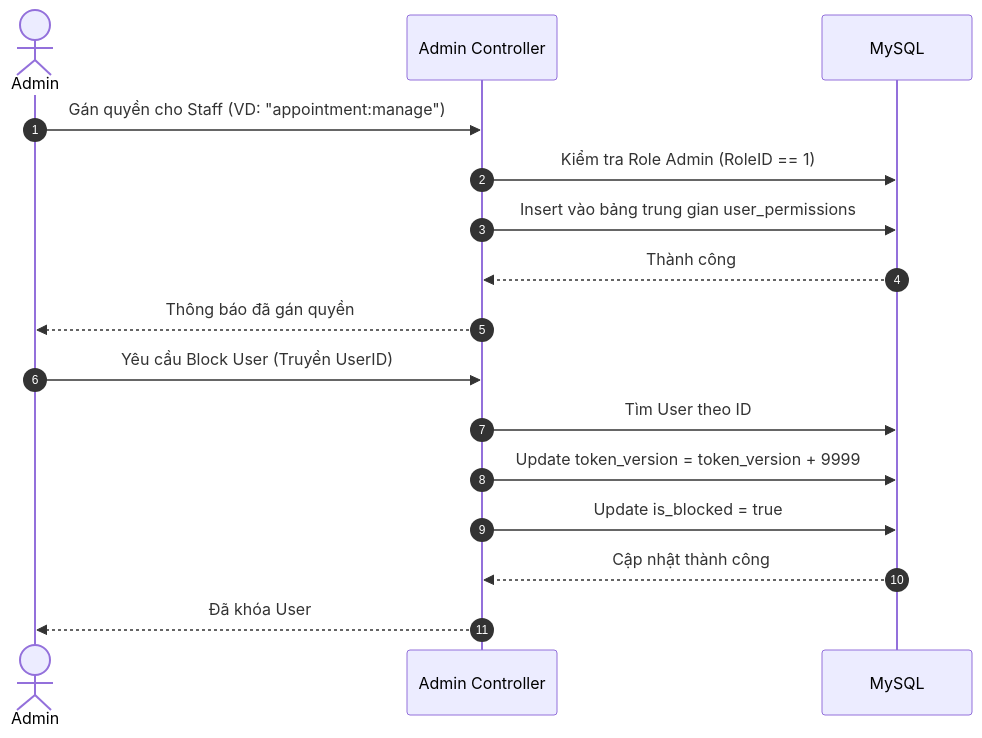
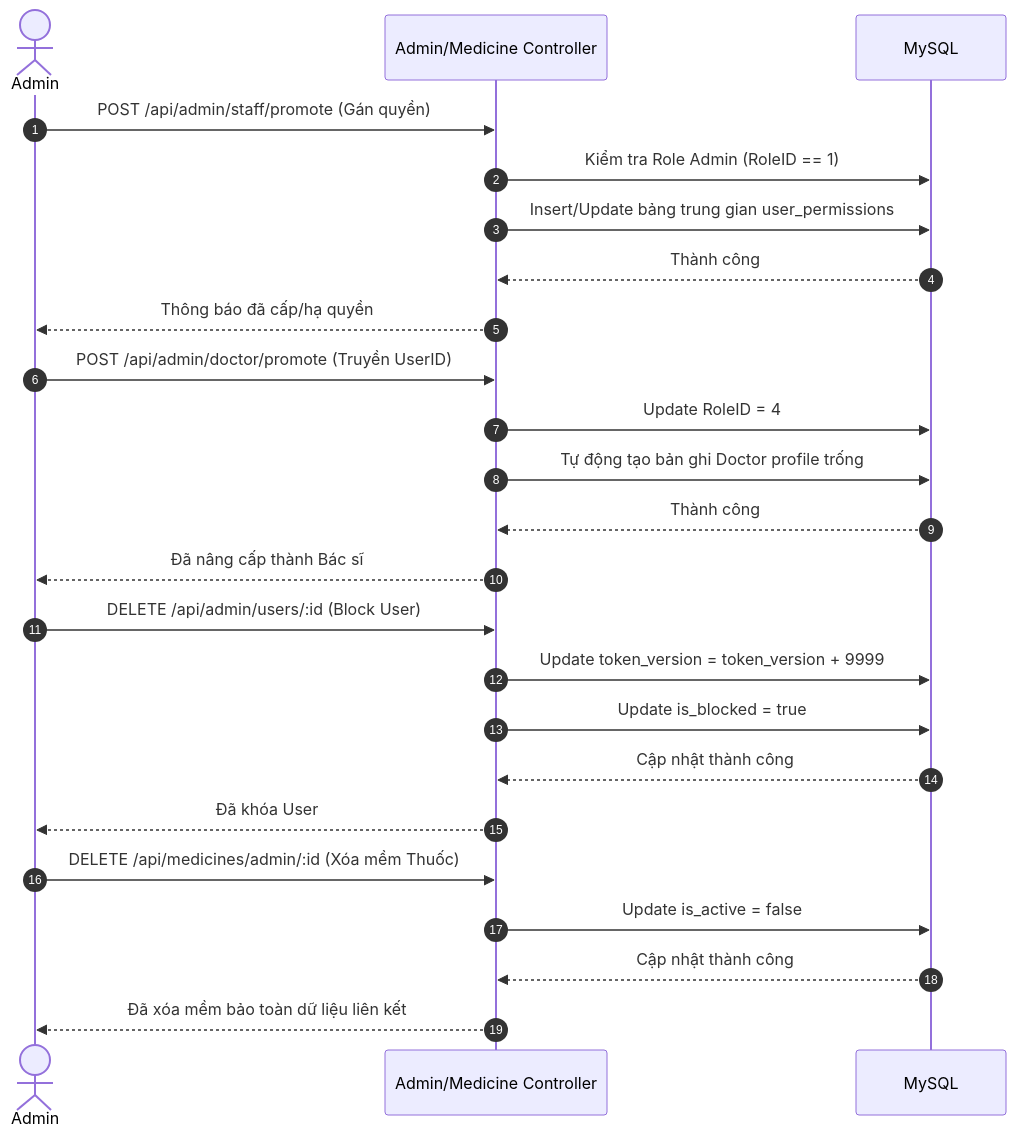
The ninth of 10 diagrams in BE_FLOW_DOCUMENTATION.md (2imBenne/markdown1906), drawn with Mermaid before and after one commit. The commit also changed other lines of this file, not shown here.

````diff
--- a/BE_FLOW_DOCUMENTATION.md
+++ b/BE_FLOW_DOCUMENTATION.md
@@ -580,22 +632,34 @@
 ```mermaid
 sequenceDiagram
     autonumber
     actor Admin
-    participant API as Admin Controller
+    participant API as Admin/Medicine Controller
     participant DB as MySQL
 
-    %% Luồng cấp quyền cho Staff
-    Admin->>API: Gán quyền cho Staff (VD: "appointment:manage")
+    %% Luồng cấp/hạ quyền cho Staff
+    Admin->>API: POST /api/admin/staff/promote (Gán quyền)
     API->>DB: Kiểm tra Role Admin (RoleID == 1)
-    API->>DB: Insert vào bảng trung gian user_permissions
+    API->>DB: Insert/Update bảng trung gian user_permissions
     DB-->>API: Thành công
-    API-->>Admin: Thông báo đã gán quyền
+    API-->>Admin: Thông báo đã cấp/hạ quyền
+
+    %% Luồng Nâng cấp User lên Bác sĩ
+    Admin->>API: POST /api/admin/doctor/promote (Truyền UserID)
+    API->>DB: Update RoleID = 4
+    API->>DB: Tự động tạo bản ghi Doctor profile trống
+    DB-->>API: Thành công
+    API-->>Admin: Đã nâng cấp thành Bác sĩ
 
     %% Luồng Block/Khóa tài khoản
-    Admin->>API: Yêu cầu Block User (Truyền UserID)
-    API->>DB: Tìm User theo ID
+    Admin->>API: DELETE /api/admin/users/:id (Block User)
     API->>DB: Update token_version = token_version + 9999
     API->>DB: Update is_blocked = true
     DB-->>API: Cập nhật thành công
     API-->>Admin: Đã khóa User
+
+    %% Luồng quản lý danh mục thuốc (Soft Delete)
+    Admin->>API: DELETE /api/medicines/admin/:id (Xóa mềm Thuốc)
+    API->>DB: Update is_active = false
+    DB-->>API: Cập nhật thành công
+    API-->>Admin: Đã xóa mềm bảo toàn dữ liệu liên kết
 ```
````
